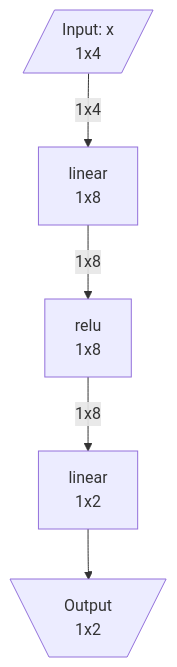
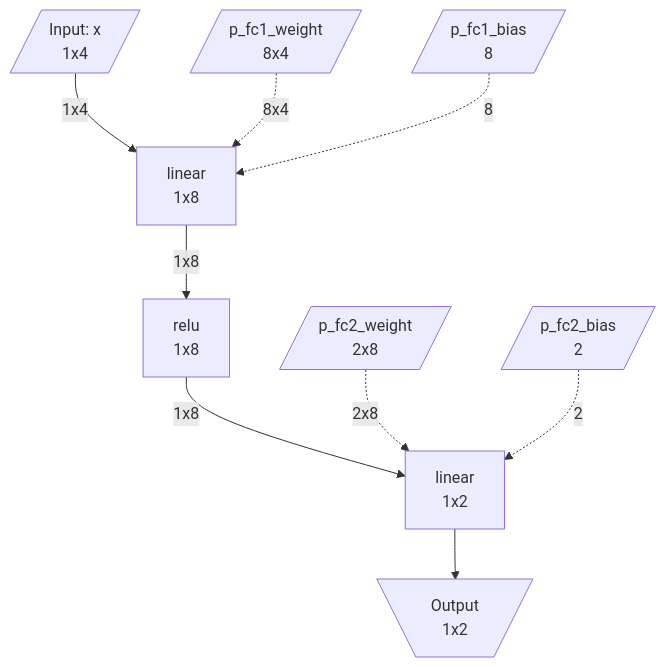
Before and after one commit to sweetcocoa/pytorch-ir: the first of 2 diagrams in docs/example.ko.md, drawn with Mermaid. The commit also changed other lines of this file and 10 other files, not shown here.

First line of the commit message:
Add include_weights option to ir_to_mermaid and update docs

````diff
--- a/docs/example.ko.md
+++ b/docs/example.ko.md
@@ -115,12 +115,20 @@
     ```mermaid
     flowchart TD
         input_x[/"Input: x<br/>1x4"/]
         op_linear["linear<br/>1x8"]
+        input_x -->|"1x4"| op_linear
+        w_p_fc1_weight[/"p_fc1_weight<br/>8x4"/]
+        w_p_fc1_weight -.->|"8x4"| op_linear
+        w_p_fc1_bias[/"p_fc1_bias<br/>8"/]
+        w_p_fc1_bias -.->|"8"| op_linear
         op_relu["relu<br/>1x8"]
+        op_linear -->|"1x8"| op_relu
         op_linear_1["linear<br/>1x2"]
+        op_relu -->|"1x8"| op_linear_1
+        w_p_fc2_weight[/"p_fc2_weight<br/>2x8"/]
+        w_p_fc2_weight -.->|"2x8"| op_linear_1
+        w_p_fc2_bias[/"p_fc2_bias<br/>2"/]
+        w_p_fc2_bias -.->|"2"| op_linear_1
         output_0[\"Output<br/>1x2"/]
-        input_x -->|"1x4"| op_linear
-        op_linear -->|"1x8"| op_relu
-        op_relu -->|"1x8"| op_linear_1
         op_linear_1 --> output_0
     ```
````
